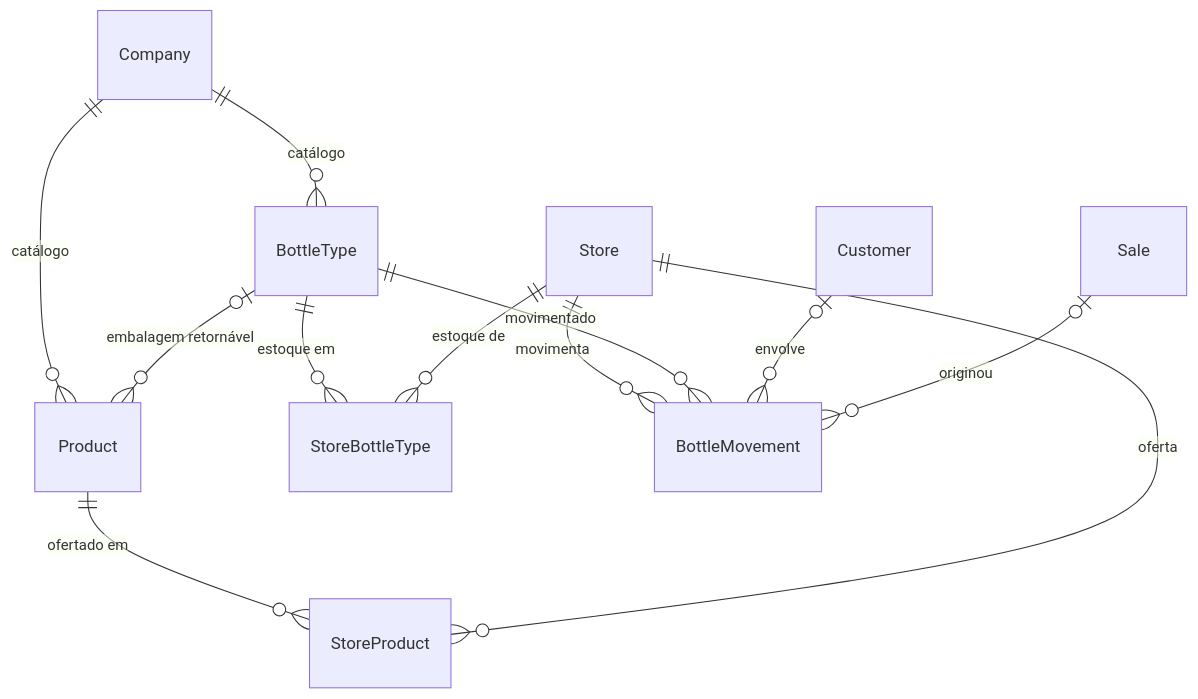
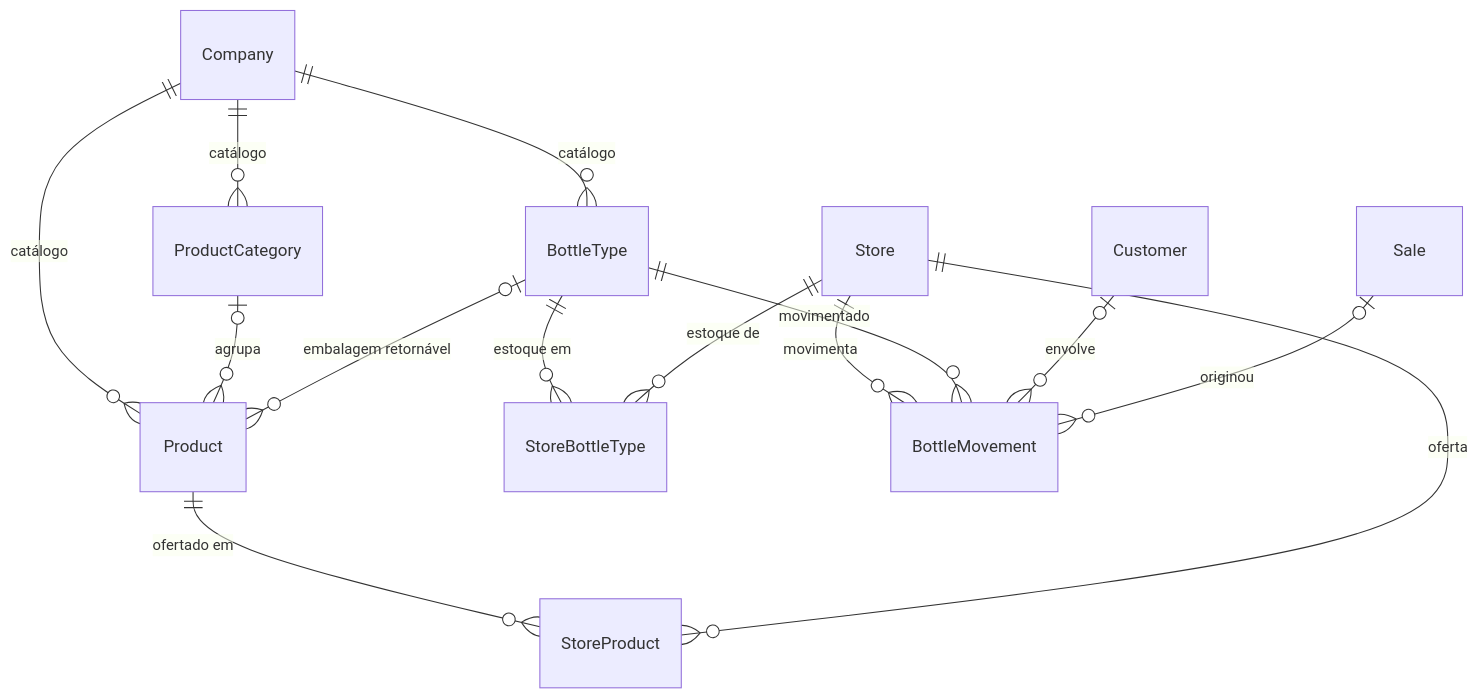
Before and after one commit to caetanocesar35dev/saas_distribuidora: the second of 4 diagrams in docs/BANCO_DE_DADOS.md, drawn with Mermaid. The commit also changed other lines of this file and 96 other files, not shown here.

````diff
--- a/docs/BANCO_DE_DADOS.md
+++ b/docs/BANCO_DE_DADOS.md
@@ -84,14 +84,16 @@
 ```mermaid
 erDiagram
     Company ||--o{ Product : "catálogo"
     Company ||--o{ BottleType : "catálogo"
+    Company ||--o{ ProductCategory : "catálogo"
+    ProductCategory |o--o{ Product : "agrupa"
     Product ||--o{ StoreProduct : "ofertado em"
     Store ||--o{ StoreProduct : "oferta"
     BottleType |o--o{ Product : "embalagem retornável"
     BottleType ||--o{ StoreBottleType : "estoque em"
     Store ||--o{ StoreBottleType : "estoque de"
     Store ||--o{ BottleMovement : "movimenta"
     BottleType ||--o{ BottleMovement : "movimentado"
     Customer |o--o{ BottleMovement : "envolve"
     Sale |o--o{ BottleMovement : "originou"
 ```
````
